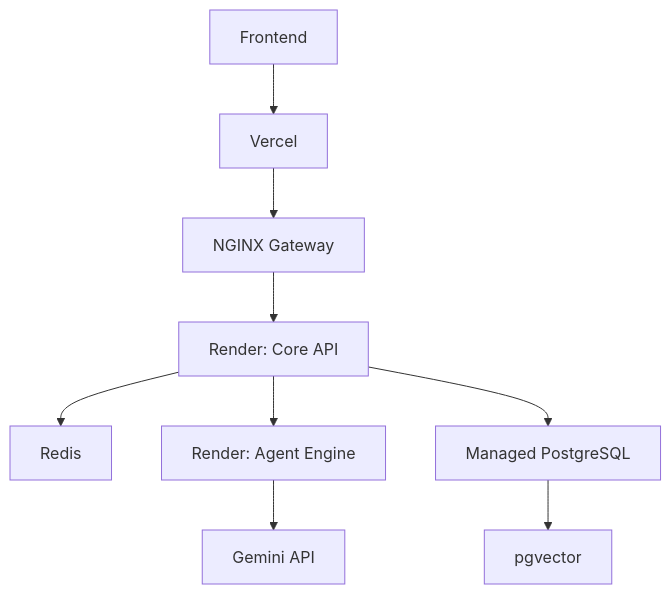
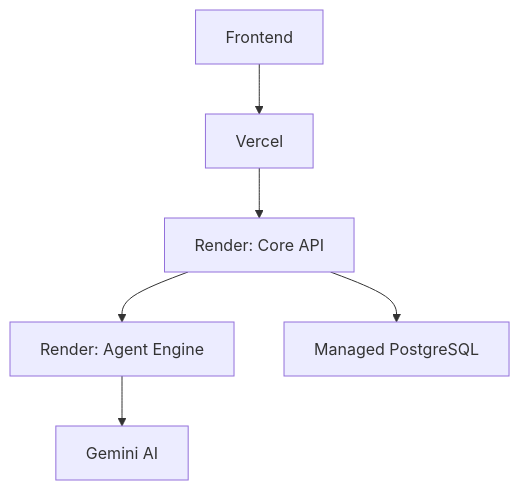
Before and after one commit to ravizf/Lumify: the second of 2 diagrams in docs/architecture.md, drawn with Mermaid. The commit also changed other lines of this file and 9 other files, not shown here.

````diff
--- a/docs/architecture.md
+++ b/docs/architecture.md
@@ -33,11 +28,8 @@
 ```mermaid
 flowchart TD
   A[Frontend] --> B[Vercel]
-  B --> C[NGINX Gateway]
-  C --> D[Render: Core API]
-  D --> E[Redis]
-  D --> F[Render: Agent Engine]
-  F --> G[Gemini API]
-  D --> H[Managed PostgreSQL]
-  H --> I[pgvector]
+  B --> C[Render: Core API]
+  C --> D[Render: Agent Engine]
+  D --> E[Gemini AI]
+  C --> F[Managed PostgreSQL]
 ```
````
